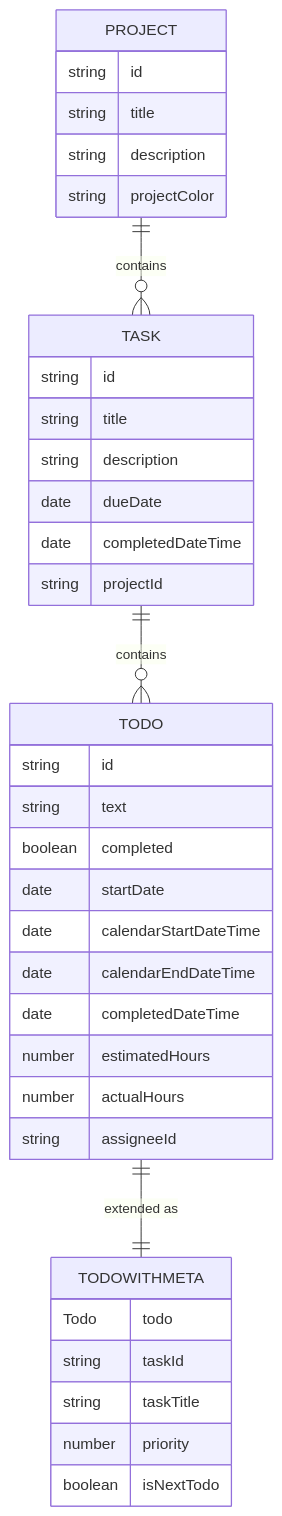
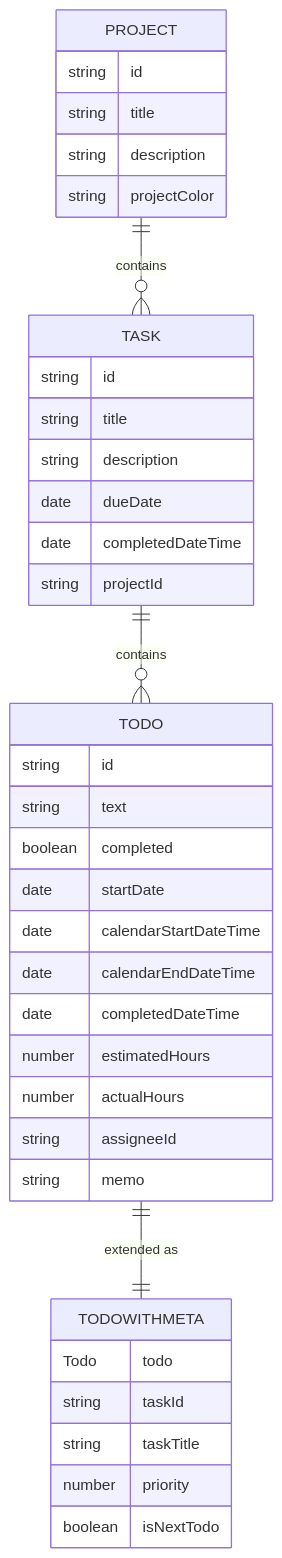
The second of 5 diagrams in docs/calendar-mapping-process.md (whiten-admin/play-ground1), drawn with Mermaid before and after one commit. The commit also changed other lines of this file and 2 other files, not shown here.

````diff
--- a/docs/calendar-mapping-process.md
+++ b/docs/calendar-mapping-process.md
@@ -20,40 +20,41 @@
 ```mermaid
 erDiagram
     PROJECT {
         string id
         string title
         string description
         string projectColor
     }
     TASK {
         string id
         string title
         string description
         date dueDate
         date completedDateTime
         string projectId
     }
     TODO {
         string id
         string text
         boolean completed
         date startDate
         date calendarStartDateTime
         date calendarEndDateTime
         date completedDateTime
         number estimatedHours
         number actualHours
         string assigneeId
+        string memo
     }
     TODOWITHMETA {
         Todo todo
         string taskId
         string taskTitle
         number priority
         boolean isNextTodo
     }
-    
+
     PROJECT ||--o{ TASK : "contains"
     TASK ||--o{ TODO : "contains"
     TODO ||--|| TODOWITHMETA : "extended as"
 ```
````
